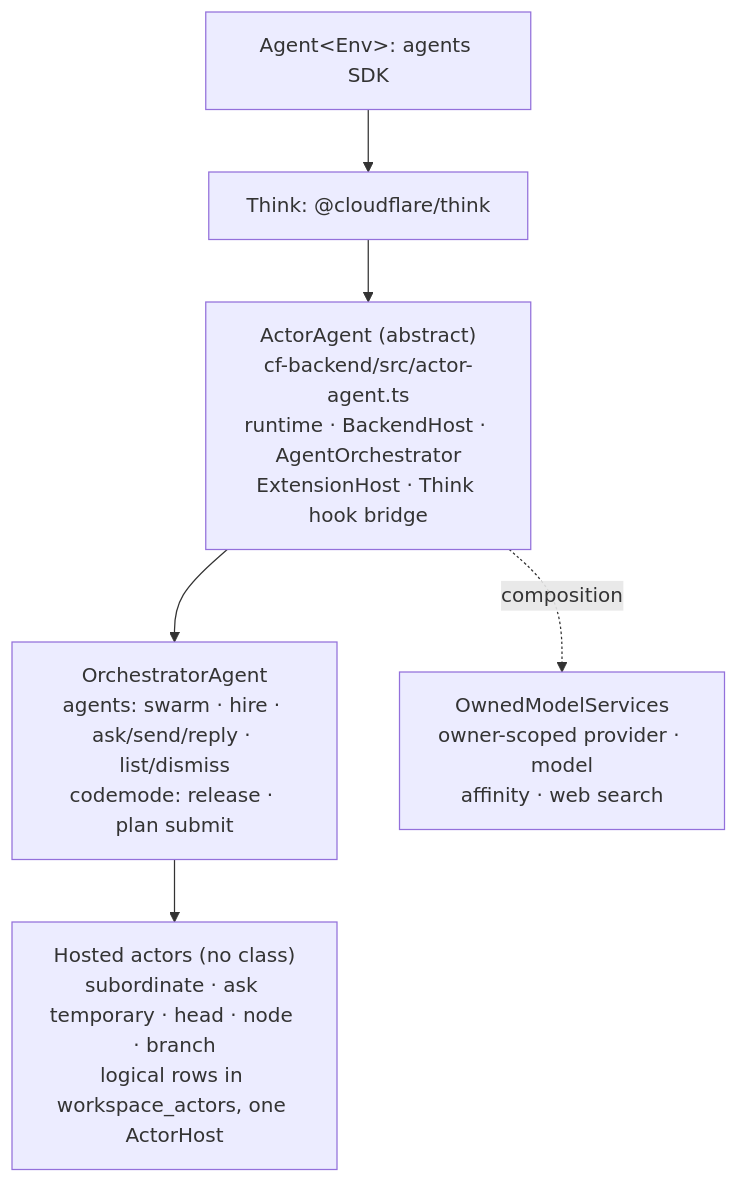
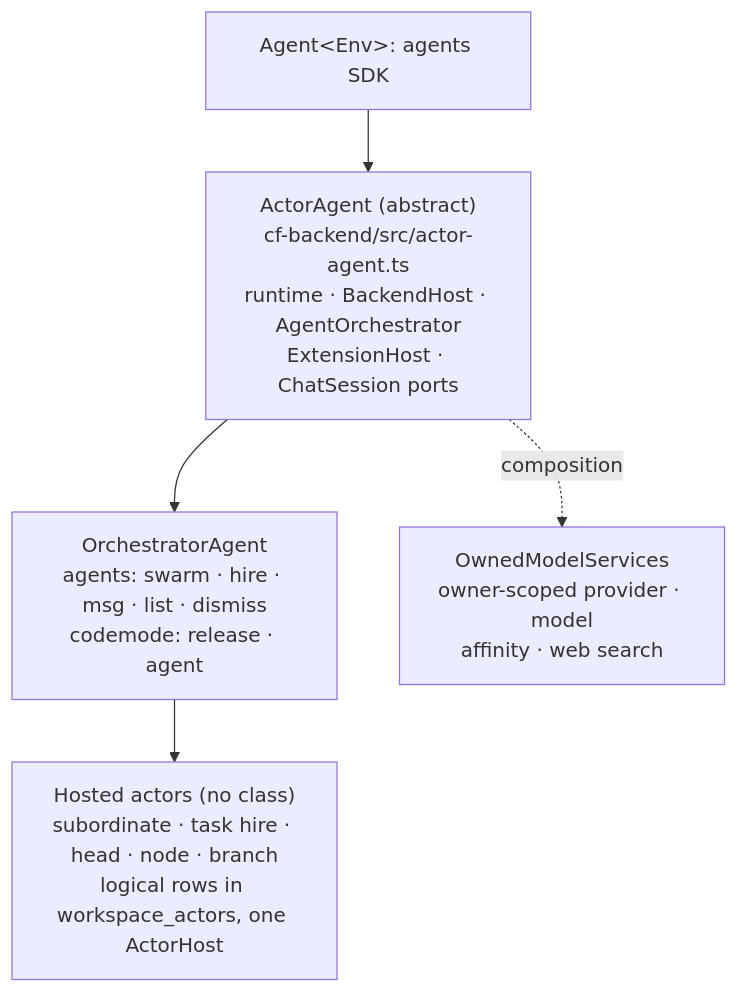
The second of 5 diagrams in docs/ARCHITECTURE.md (AshishKumar4/kinu), drawn with Mermaid before and after one commit. The commit also changed other lines of this file and 7 other files, not shown here.

First line of the commit message:
docs: rewrite the architecture, craft and testing docs for the core turn loop

````diff
--- a/docs/ARCHITECTURE.md
+++ b/docs/ARCHITECTURE.md
@@ -63,14 +67,13 @@
 ```mermaid
 graph TB
     A["Agent&lt;Env&gt;: agents SDK"]
-    T["Think: @cloudflare/think"]
-    AA["ActorAgent (abstract)<br/>cf-backend/src/actor-agent.ts<br/>runtime · BackendHost · AgentOrchestrator<br/>ExtensionHost · Think hook bridge"]
-    O["OrchestratorAgent<br/>agents: swarm · hire · ask/send/reply · list/dismiss<br/>codemode: release · plan submit"]
-    H["Hosted actors (no class)<br/>subordinate · ask temporary · head · node · branch<br/>logical rows in workspace_actors, one ActorHost"]
+    AA["ActorAgent (abstract)<br/>cf-backend/src/actor-agent.ts<br/>runtime · BackendHost · AgentOrchestrator<br/>ExtensionHost · ChatSession ports"]
+    O["OrchestratorAgent<br/>agents: swarm · hire · msg · list · dismiss<br/>codemode: release · agent"]
+    H["Hosted actors (no class)<br/>subordinate · task hire · head · node · branch<br/>logical rows in workspace_actors, one ActorHost"]
     OMS["OwnedModelServices<br/>owner-scoped provider · model<br/>affinity · web search"]
 
-    A --> T --> AA
+    A --> AA
     AA --> O
     O --> H
     AA -.->|composition| OMS
 ```
````
